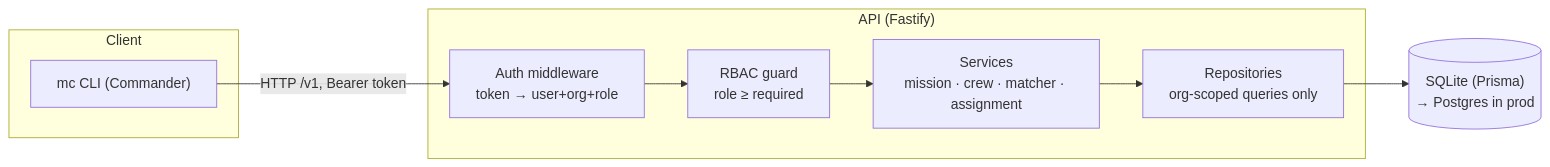
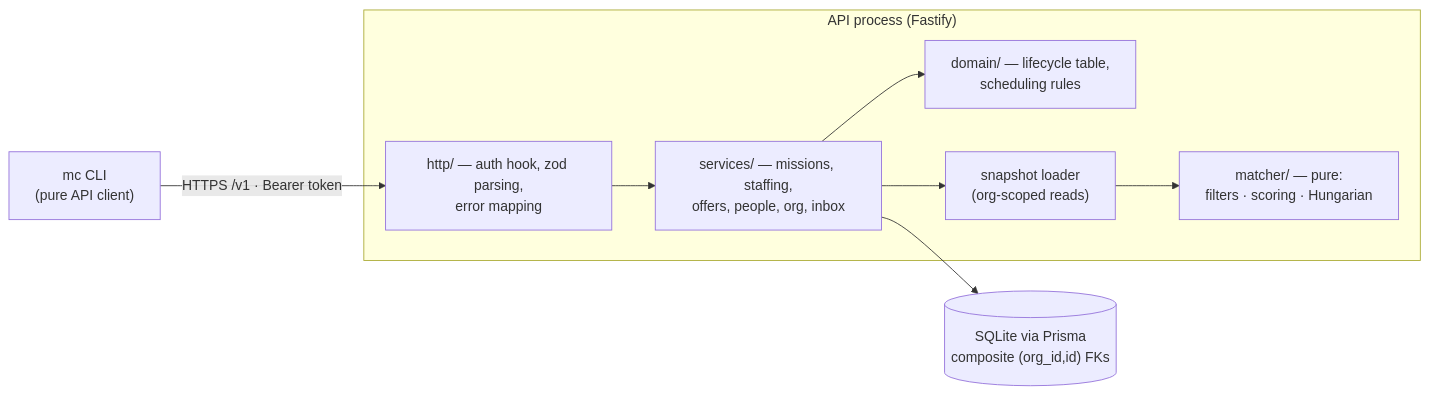
The first of 5 diagrams in DESIGN.md (shubhmehta3121/mission-control), drawn with Mermaid before and after one commit. The commit also changed other lines of this file, not shown here.

Commit message:
docs: design v2 for roles, nominations, and matcher

````diff
--- a/DESIGN.md
+++ b/DESIGN.md
@@ -65,14 +152,10 @@
 ```mermaid
 flowchart LR
-    subgraph Client
-      CLI["mc CLI (Commander)"]
+    CLI["mc CLI<br/>(pure API client)"] -->|"HTTPS /v1 · Bearer token"| HTTP
+    subgraph API["API process (Fastify)"]
+      HTTP["http/ — auth hook, zod parsing,<br/>error mapping"] --> SVC["services/ — missions, staffing,<br/>offers, people, org, inbox"]
+      SVC --> DOM["domain/ — lifecycle table,<br/>scheduling rules"]
+      SVC --> SNAP["snapshot loader<br/>(org-scoped reads)"] --> MATCH["matcher/ — pure:<br/>filters · scoring · Hungarian"]
     end
-    subgraph Server["API (Fastify)"]
-      AUTH["Auth middleware<br/>token → user+org+role"]
-      GUARD["RBAC guard<br/>role ≥ required"]
-      SVC["Services<br/>mission · crew · matcher · assignment"]
-      REPO["Repositories<br/>org-scoped queries only"]
-    end
-    DB[("SQLite (Prisma)<br/>→ Postgres in prod")]
-    CLI -->|"HTTP /v1, Bearer token"| AUTH --> GUARD --> SVC --> REPO --> DB
+    SVC --> DB[("SQLite via Prisma<br/>composite (org_id,id) FKs")]
 ```
````
